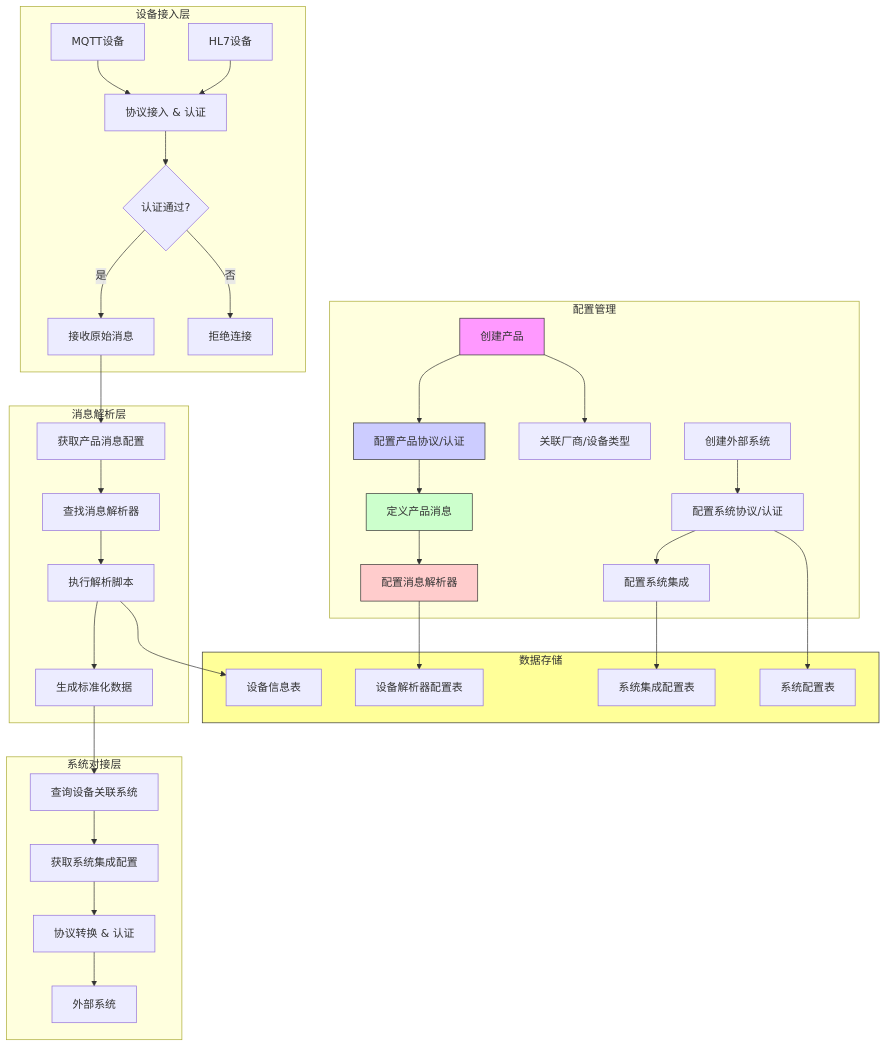
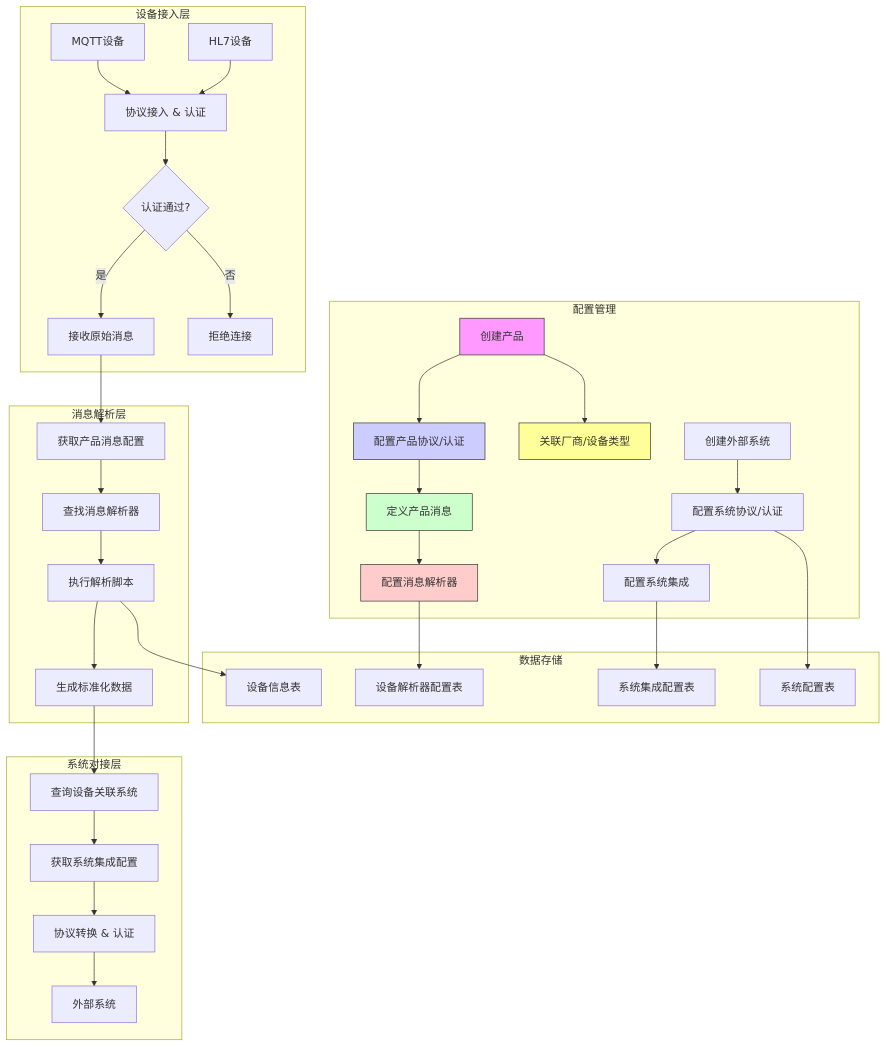
The diagram in all/未命名-5.md (fuyong859050943/iodraw-files), drawn with Mermaid before and after one commit.

Commit message:
2025-02-25 19:40:53 update

````diff
--- a/all/未命名-5.md
+++ b/all/未命名-5.md
@@ -1,46 +1,46 @@
 ```mermaid
 graph TD
     subgraph 配置管理
         A[创建产品] --> B[配置产品协议/认证]
         B --> C[定义产品消息]
         C --> D[配置消息解析器]
         A --> E[关联厂商/设备类型]
         F[创建外部系统] --> G[配置系统协议/认证]
         G --> H[配置系统集成]
     end
     
     subgraph 设备接入层
         I[MQTT设备] --> J[协议接入 & 认证]
         K[HL7设备] --> J
         J --> L{认证通过?}
         L -->|是| M[接收原始消息]
         L -->|否| N[拒绝连接]
     end
     
     subgraph 消息解析层
         M --> O[获取产品消息配置]
         O --> P[查找消息解析器]
         P --> Q[执行解析脚本]
         Q --> R[生成标准化数据]
     end
     
     subgraph 系统对接层
         R --> S[查询设备关联系统]
         S --> T[获取系统集成配置]
         T --> U[协议转换 & 认证]
         U --> V[外部系统]
     end
     
     subgraph 数据存储
         D --> W[设备解析器配置表]
         Q --> X[设备信息表]
         H --> Y[系统集成配置表]
         G --> Z[系统配置表]
     end
     
     style A fill:#f9f,stroke:#333
     style B fill:#ccf,stroke:#333
     style C fill:#cfc,stroke:#333
     style D fill:#fcc,stroke:#333
-    style 数据存储 fill:#ff9,stroke:#333
+    style E fill:#ff9,stroke:#333
 ```
````
